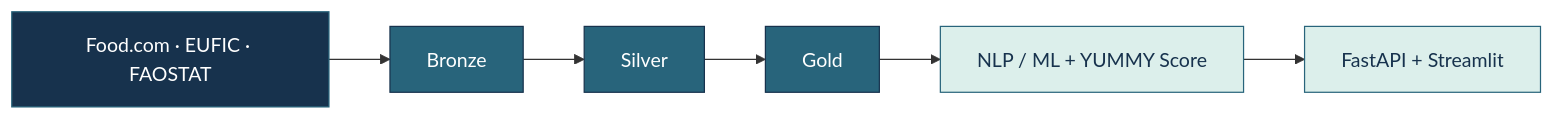
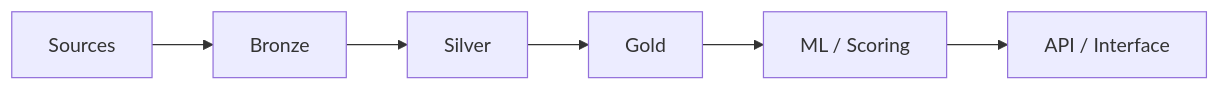
One commit to benstL/benstL changed the diagram in README.md. Above: the diagram before and after it, drawn with Mermaid. The commit also changed other lines of this file, not shown here.

````diff
--- a/README.md
+++ b/README.md
@@ -46,14 +45,8 @@
 ```mermaid
 flowchart LR
-    A["Food.com · EUFIC · FAOSTAT"] --> B["Bronze"]
-    B --> C["Silver"]
-    C --> D["Gold"]
-    D --> E["NLP / ML + YUMMY Score"]
-    E --> F["FastAPI + Streamlit"]
-    classDef input fill:#17324D,color:#fff,stroke:#28647B
-    classDef pipeline fill:#28647B,color:#fff,stroke:#17324D
-    classDef result fill:#dcefeb,color:#17324D,stroke:#28647B
-    class A input
-    class B,C,D pipeline
-    class E,F result
+    A[Sources] --> B[Bronze]
+    B --> C[Silver]
+    C --> D[Gold]
+    D --> E[ML / Scoring]
+    E --> F[API / Interface]
 ```
````
